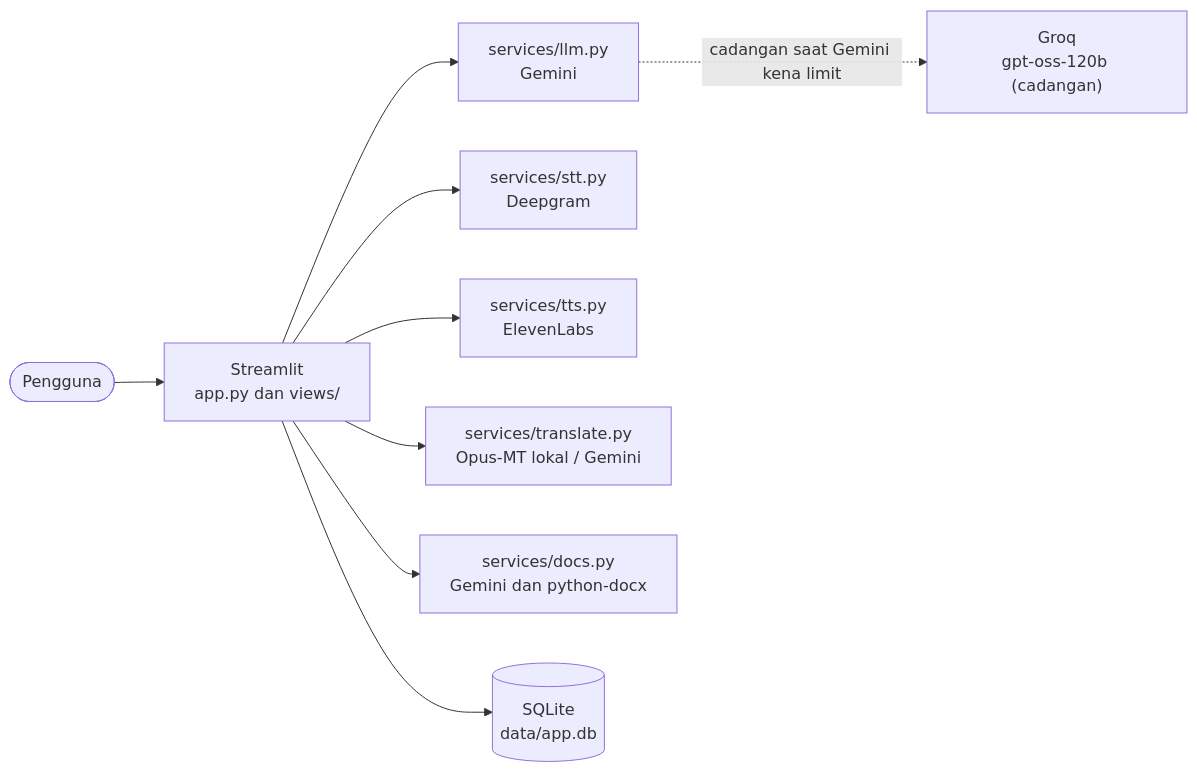
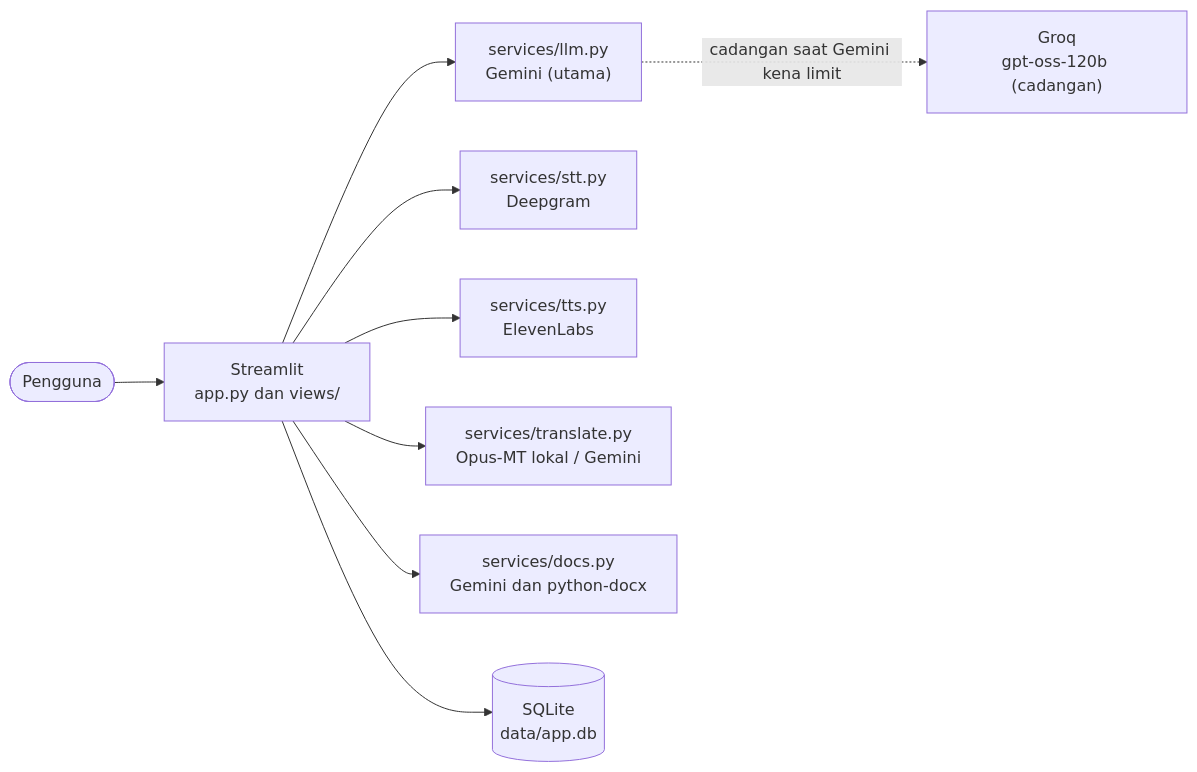
The diagram in README.md (Skywalker0715/fluenta), drawn with Mermaid before and after one commit. The commit also changed other lines of this file, not shown here.

````diff
--- a/README.md
+++ b/README.md
@@ -55,12 +54,12 @@
 ```mermaid
 flowchart LR
     U([Pengguna]) --> UI["Streamlit<br/>app.py dan views/"]
-    UI --> LLM["services/llm.py<br/>Gemini"]
+    UI --> LLM["services/llm.py<br/>Gemini (utama)"]
     UI --> STT["services/stt.py<br/>Deepgram"]
     UI --> TTS["services/tts.py<br/>ElevenLabs"]
     UI --> TR["services/translate.py<br/>Opus-MT lokal / Gemini"]
     UI --> DOC["services/docs.py<br/>Gemini dan python-docx"]
     UI --> DB[("SQLite<br/>data/app.db")]
     GQ["Groq<br/>gpt-oss-120b (cadangan)"]
     LLM -.->|"cadangan saat Gemini kena limit"| GQ
 ```
````
